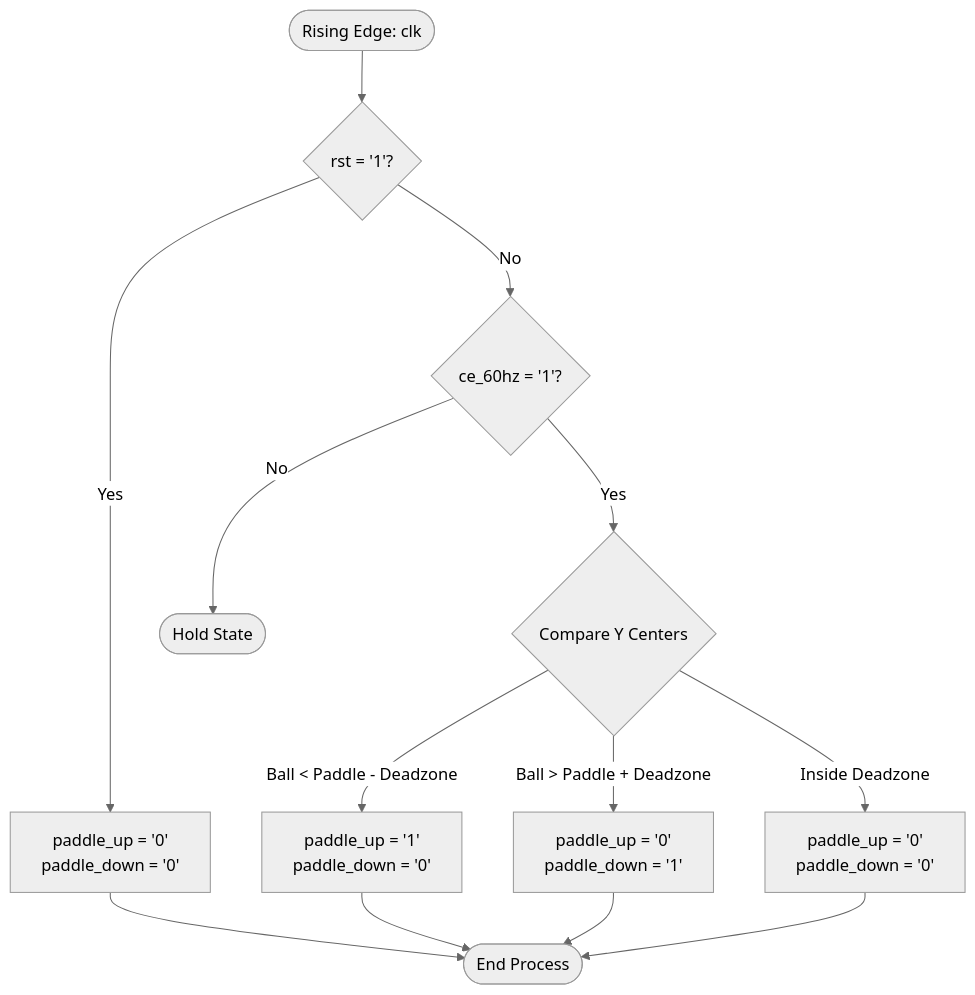
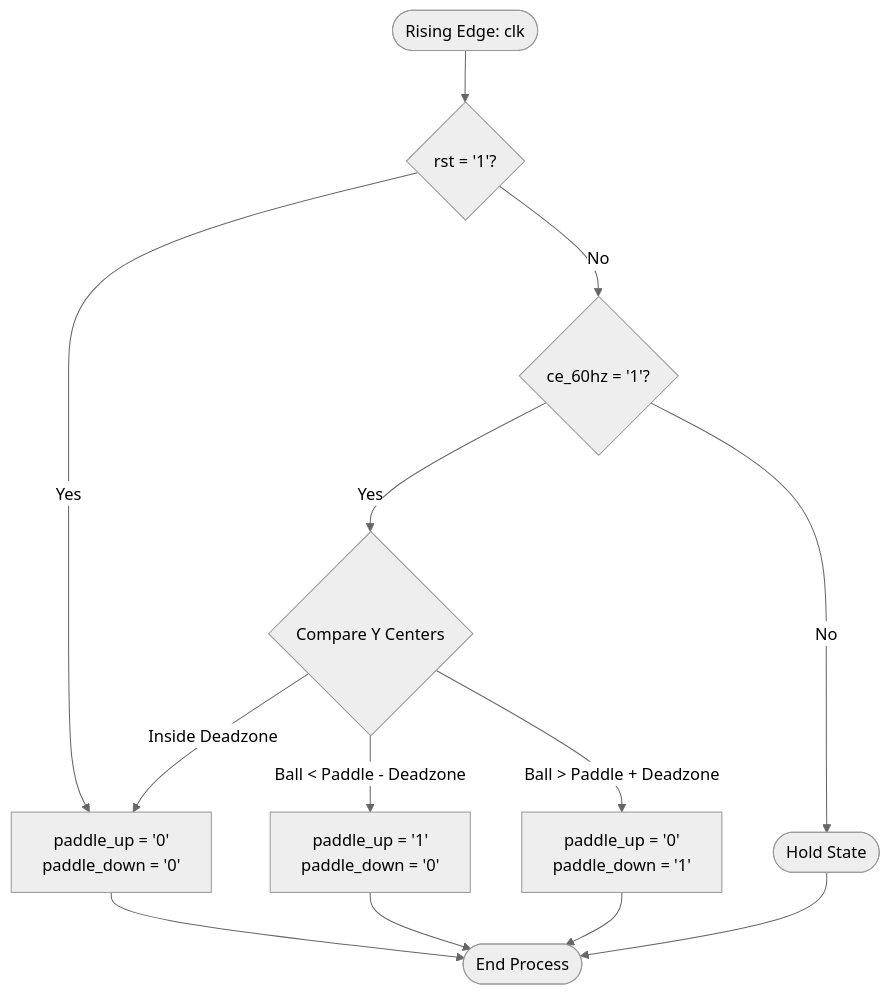
Before and after one commit to Tomer27cz/vga_vhdl: the diagram in .github/PONG_AI.md, drawn with Mermaid (neutral theme).

Commit message:
update diagram

````diff
--- a/.github/PONG_AI.md
+++ b/.github/PONG_AI.md
@@ -33,18 +33,18 @@
 ```mermaid
 flowchart TD
     START([Rising Edge: clk]) --> RST{"rst = '1'?"}
     RST -- Yes --> RESET_STATE["paddle_up = '0'\npaddle_down = '0'"]
     RST -- No --> CE{"ce_60hz = '1'?"}
     
     CE -- No --> IDLE([Hold State])
     CE -- Yes --> COMP{"Compare Y Centers"}
     
     COMP -->|Ball < Paddle - Deadzone| MOVE_UP["paddle_up = '1'\npaddle_down = '0'"]
     COMP -->|Ball > Paddle + Deadzone| MOVE_DOWN["paddle_up = '0'\npaddle_down = '1'"]
-    COMP -->|Inside Deadzone| STOP["paddle_up = '0'\npaddle_down = '0'"]
+    COMP -->|Inside Deadzone| RESET_STATE
     
     RESET_STATE --> END([End Process])
     MOVE_UP --> END
     MOVE_DOWN --> END
-    STOP --> END
+    IDLE --> END
 ```
````
